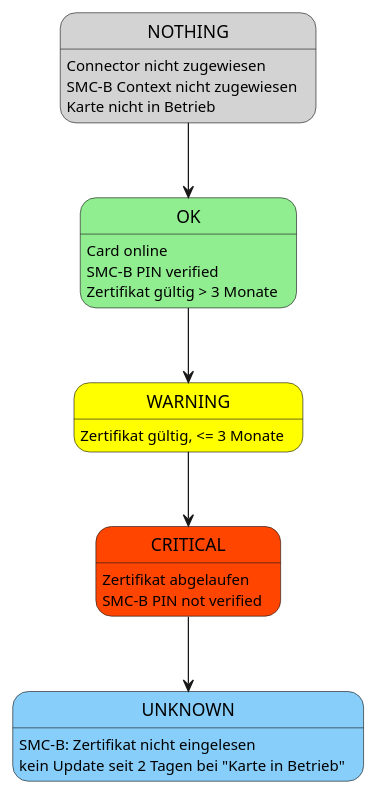
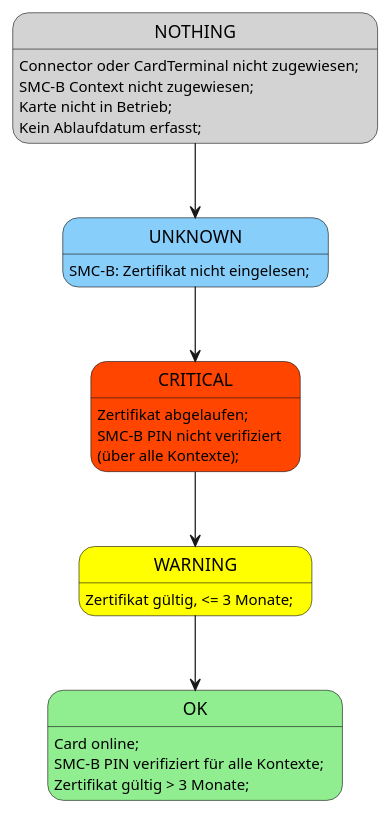
The diagram in docs/devnotes/_images/card-condition.puml (swobspace/cocard), drawn with PlantUML before and after one commit. The commit also changed 11 other files, not shown here.

```diff
--- a/docs/devnotes/_images/card-condition.puml
+++ b/docs/devnotes/_images/card-condition.puml
@@ -1,31 +1,28 @@
 @startuml
 
 state OK #lightgreen
-
-OK: Card online
-OK: SMC-B PIN verified
-OK: Zertifikat gültig > 3 Monate
+OK: Card online;
+OK: SMC-B PIN verifiziert für alle Kontexte;
+OK: Zertifikat gültig > 3 Monate;
 
 state WARNING #Yellow
-
-WARNING: Zertifikat gültig, <= 3 Monate
+WARNING: Zertifikat gültig, <= 3 Monate;
 
 state CRITICAL #orangered
-
-CRITICAL: Zertifikat abgelaufen
-CRITICAL: SMC-B PIN not verified
+CRITICAL: Zertifikat abgelaufen;
+CRITICAL: SMC-B PIN nicht verifiziert\n(über alle Kontexte);
 
 state UNKNOWN #LightSkyBlue
-UNKNOWN: SMC-B: Zertifikat nicht eingelesen
-UNKNOWN: kein Update seit 2 Tagen bei "Karte in Betrieb"
+UNKNOWN: SMC-B: Zertifikat nicht eingelesen;
 
 state NOTHING #LightGrey
-NOTHING: Connector nicht zugewiesen
-NOTHING: SMC-B Context nicht zugewiesen
-NOTHING: Karte nicht in Betrieb
+NOTHING: Connector oder CardTerminal nicht zugewiesen;
+NOTHING: SMC-B Context nicht zugewiesen;
+NOTHING: Karte nicht in Betrieb;
+NOTHING: Kein Ablaufdatum erfasst;
 
-NOTHING --> OK
-OK --> WARNING
-WARNING --> CRITICAL
-CRITICAL --> UNKNOWN
+NOTHING --> UNKNOWN
+UNKNOWN --> CRITICAL
+CRITICAL --> WARNING
+WARNING --> OK
 @enduml
```
